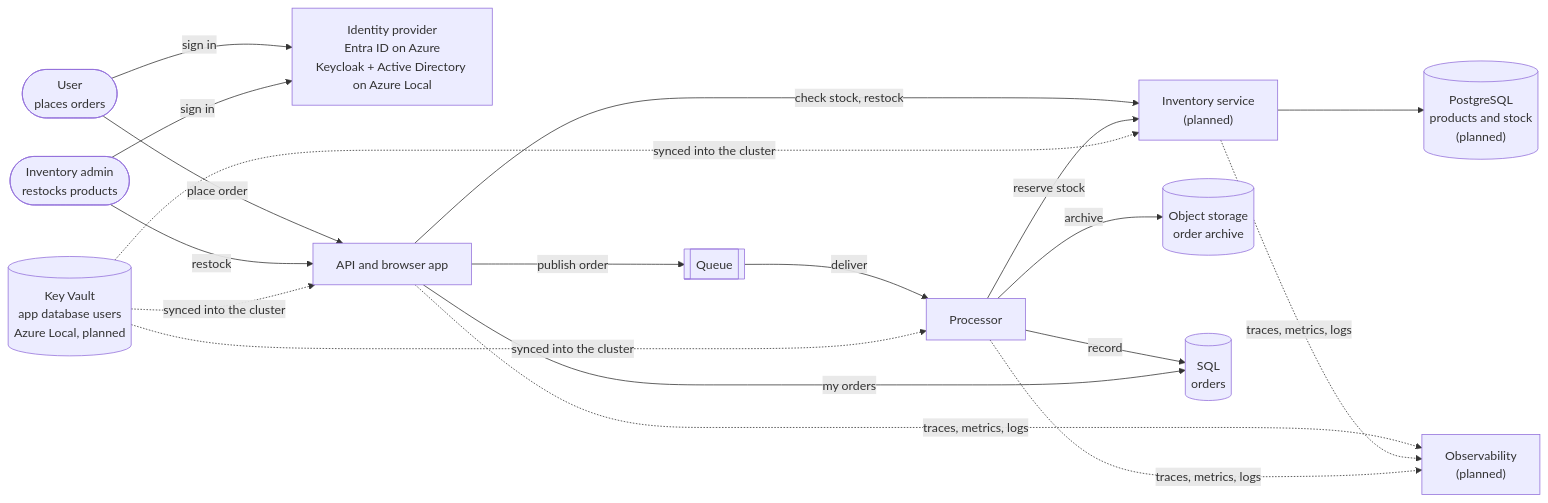
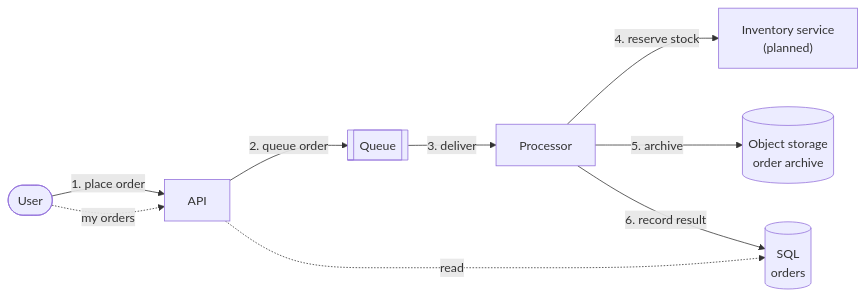
The first of 2 diagrams in samples/OrderManagementApp/docs/design.md (Azure-Samples/portability-patterns-library), drawn with Mermaid before and after one commit. The commit also changed other lines of this file, not shown here.

First line of the commit message:
Design one-pager: one diagram per flow, one table per resource

````diff
--- a/samples/OrderManagementApp/docs/design.md
+++ b/samples/OrderManagementApp/docs/design.md
@@ -12,29 +20,18 @@
 ```mermaid
 flowchart LR
-    user(["User<br/>places orders"])
-    admin(["Inventory admin<br/>restocks products"])
-    idp["Identity provider<br/>Entra ID on Azure<br/>Keycloak + Active Directory on Azure Local"]
-    api["API and browser app"]
-    inventory["Inventory service<br/>(planned)"]
+    user(["User"])
+    api["API"]
     queue[["Queue"]]
     processor["Processor"]
+    inventory["Inventory service<br/>(planned)"]
     storage[("Object storage<br/>order archive")]
     sql[("SQL<br/>orders")]
-    postgres[("PostgreSQL<br/>products and stock<br/>(planned)")]
-    keyvault[("Key Vault<br/>app database users<br/>Azure Local, planned")]
-    telemetry["Observability<br/>(planned)"]
 
-    user & admin -- "sign in" --> idp
-    user -- "place order" --> api
-    admin -- "restock" --> api
-    api -- "check stock, restock" --> inventory
-    api -- "publish order" --> queue
-    queue -- "deliver" --> processor
-    processor -- "reserve stock" --> inventory
-    processor -- "archive" --> storage
-    processor -- "record" --> sql
-    api -- "my orders" --> sql
-    inventory --> postgres
-    keyvault -. "synced into the cluster" .-> api & processor & inventory
-    api & inventory & processor -. "traces, metrics, logs" .-> telemetry
+    user -- "1. place order" --> api
+    api -- "2. queue order" --> queue
+    queue -- "3. deliver" --> processor
+    processor -- "4. reserve stock" --> inventory
+    processor -- "5. archive" --> storage
+    processor -- "6. record result" --> sql
+    user -. "my orders" .-> api -. "read" .-> sql
 ```
````
